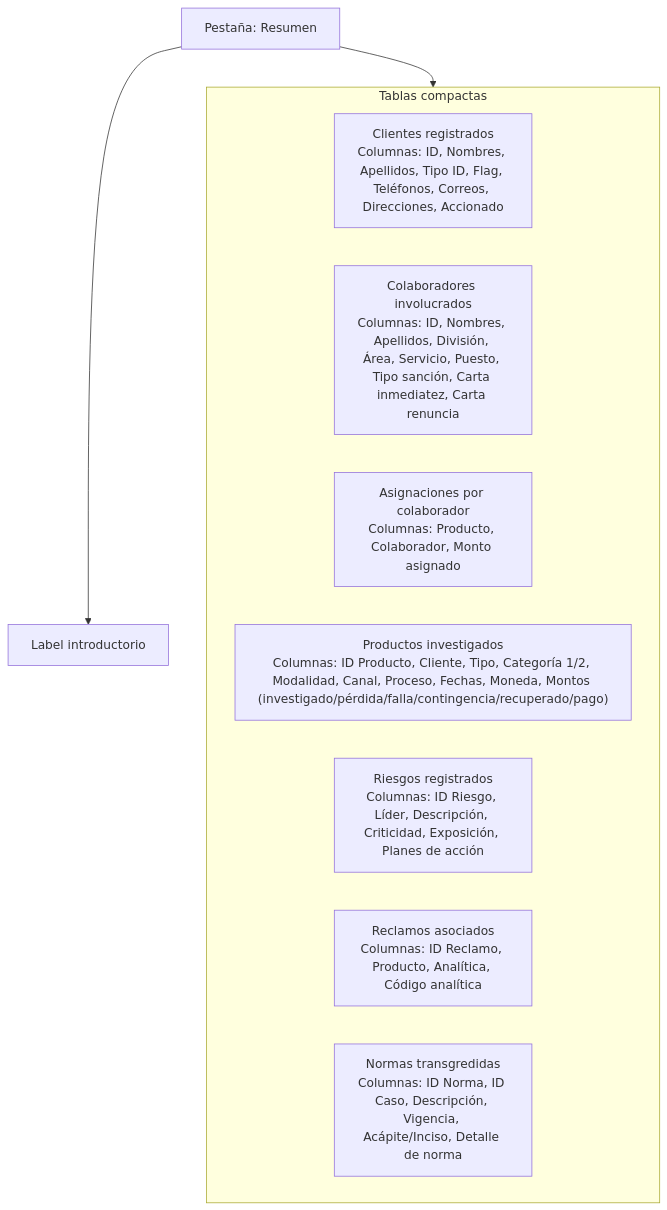
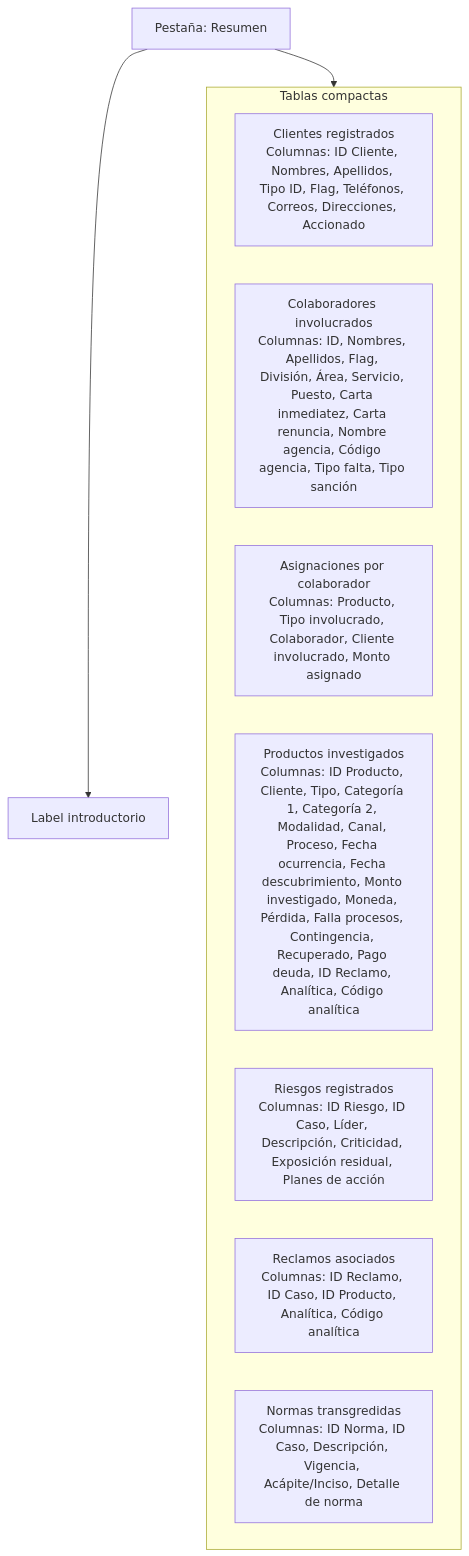
The diagram in wireframes/tab06_resumen.mmd (PillB/Formulario_investigacion), drawn with Mermaid before and after one commit. The commit also changed 2 other files, not shown here.

Commit message:
Update resumen schema and Excel template

```diff
--- a/wireframes/tab06_resumen.mmd
+++ b/wireframes/tab06_resumen.mmd
@@ -1,15 +1,15 @@
 flowchart TB
     tab["Pestaña: Resumen"]
     intro["Label introductorio"]
     tab --> intro
 
     subgraph tablas["Tablas compactas"]
-        clientes["Clientes registrados\nColumnas: ID, Nombres, Apellidos, Tipo ID, Flag, Teléfonos, Correos, Direcciones, Accionado"]
-        colaboradores["Colaboradores involucrados\nColumnas: ID, Nombres, Apellidos, División, Área, Servicio, Puesto, Tipo sanción, Carta inmediatez, Carta renuncia"]
-        involucramientos["Asignaciones por colaborador\nColumnas: Producto, Colaborador, Monto asignado"]
-        productos["Productos investigados\nColumnas: ID Producto, Cliente, Tipo, Categoría 1/2, Modalidad, Canal, Proceso, Fechas, Moneda, Montos (investigado/pérdida/falla/contingencia/recuperado/pago)"]
-        riesgos["Riesgos registrados\nColumnas: ID Riesgo, Líder, Descripción, Criticidad, Exposición, Planes de acción"]
-        reclamos["Reclamos asociados\nColumnas: ID Reclamo, Producto, Analítica, Código analítica"]
+        clientes["Clientes registrados\nColumnas: ID Cliente, Nombres, Apellidos, Tipo ID, Flag, Teléfonos, Correos, Direcciones, Accionado"]
+        colaboradores["Colaboradores involucrados\nColumnas: ID, Nombres, Apellidos, Flag, División, Área, Servicio, Puesto, Carta inmediatez, Carta renuncia, Nombre agencia, Código agencia, Tipo falta, Tipo sanción"]
+        involucramientos["Asignaciones por colaborador\nColumnas: Producto, Tipo involucrado, Colaborador, Cliente involucrado, Monto asignado"]
+        productos["Productos investigados\nColumnas: ID Producto, Cliente, Tipo, Categoría 1, Categoría 2, Modalidad, Canal, Proceso, Fecha ocurrencia, Fecha descubrimiento, Monto investigado, Moneda, Pérdida, Falla procesos, Contingencia, Recuperado, Pago deuda, ID Reclamo, Analítica, Código analítica"]
+        riesgos["Riesgos registrados\nColumnas: ID Riesgo, ID Caso, Líder, Descripción, Criticidad, Exposición residual, Planes de acción"]
+        reclamos["Reclamos asociados\nColumnas: ID Reclamo, ID Caso, ID Producto, Analítica, Código analítica"]
         normas["Normas transgredidas\nColumnas: ID Norma, ID Caso, Descripción, Vigencia, Acápite/Inciso, Detalle de norma"]
     end
     tab --> tablas
```
